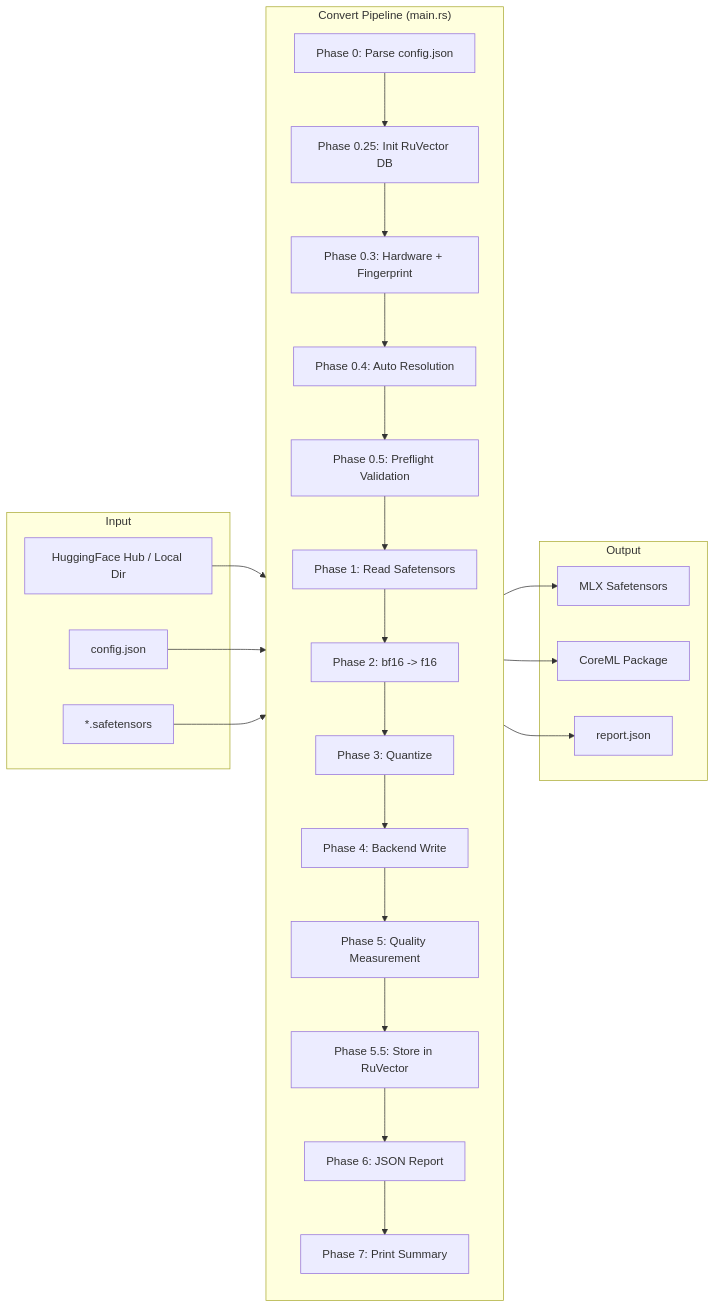
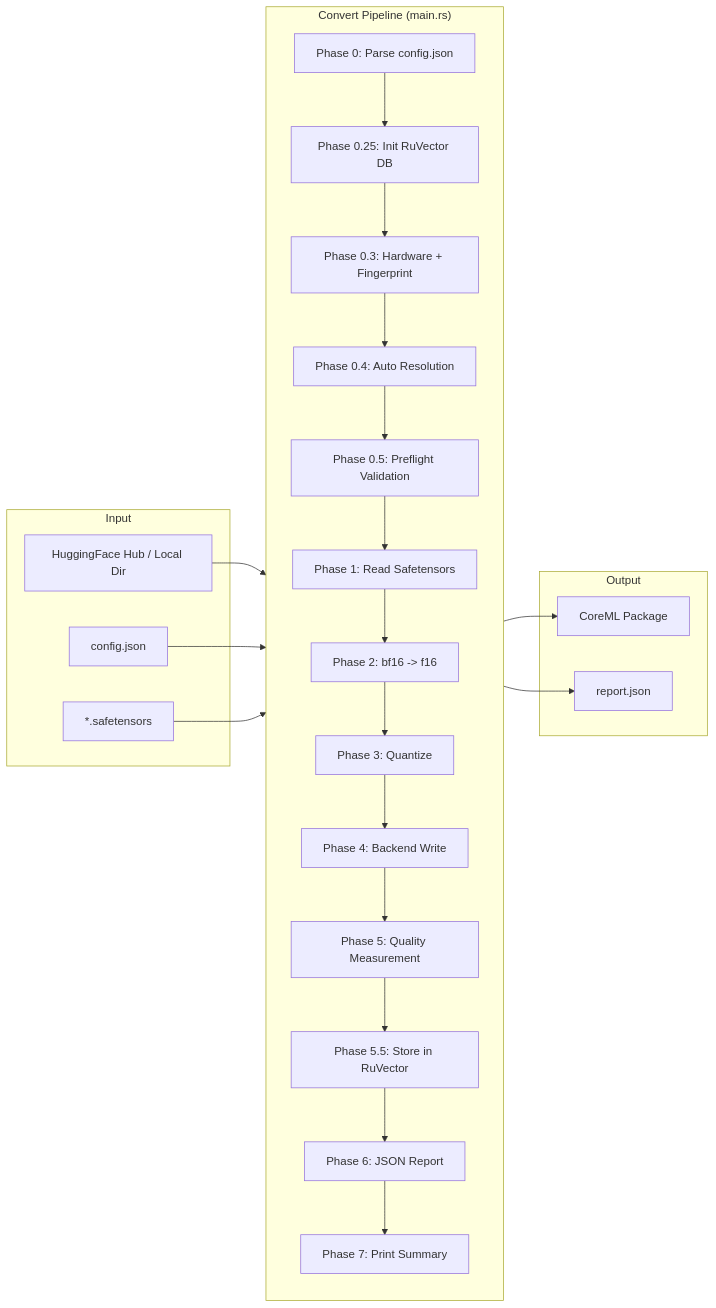
The first of 4 diagrams in docs/architecture.md (robertelee78/hf2q), drawn with Mermaid before and after one commit. The commit also changed other lines of this file and 55 other files, not shown here.

````diff
--- a/docs/architecture.md
+++ b/docs/architecture.md
@@ -30,40 +30,38 @@
 ```mermaid
 flowchart LR
     subgraph Input
         HF[HuggingFace Hub / Local Dir]
         CFG[config.json]
         ST[*.safetensors]
     end
 
     subgraph Pipeline["Convert Pipeline (main.rs)"]
         direction TB
         P0["Phase 0: Parse config.json"]
         P025["Phase 0.25: Init RuVector DB"]
         P03["Phase 0.3: Hardware + Fingerprint"]
         P04["Phase 0.4: Auto Resolution"]
         P05["Phase 0.5: Preflight Validation"]
         P1["Phase 1: Read Safetensors"]
         P2["Phase 2: bf16 -> f16"]
         P3["Phase 3: Quantize"]
         P4["Phase 4: Backend Write"]
         P5["Phase 5: Quality Measurement"]
         P55["Phase 5.5: Store in RuVector"]
         P6["Phase 6: JSON Report"]
         P7["Phase 7: Print Summary"]
 
         P0 --> P025 --> P03 --> P04 --> P05 --> P1 --> P2 --> P3 --> P4 --> P5 --> P55 --> P6 --> P7
     end
 
     subgraph Output
-        MLX[MLX Safetensors]
         CML[CoreML Package]
         RPT[report.json]
     end
 
     HF --> P0
     CFG --> P0
     ST --> P1
-    P4 --> MLX
     P4 --> CML
     P6 --> RPT
 ```
````
